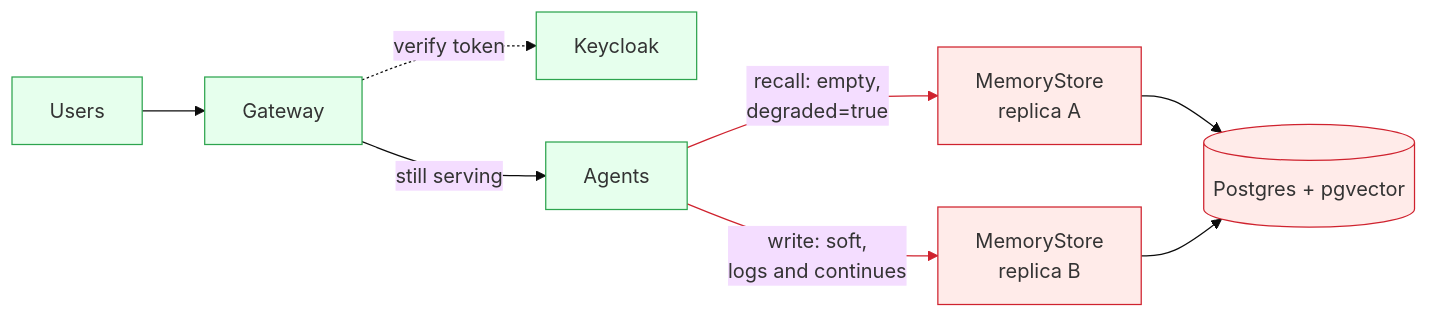
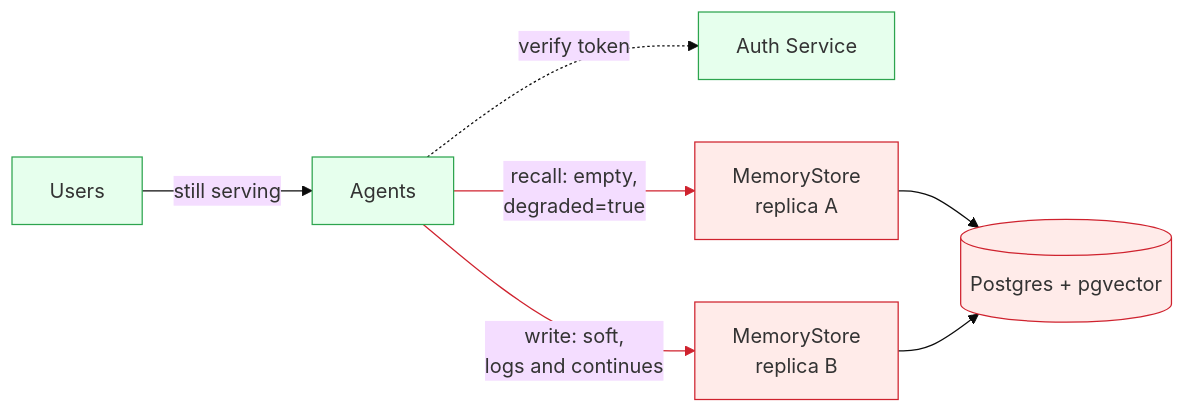
One commit to axsaucedo/kaos-adrs changed the seventh of 8 diagrams in memory/blog/BLOGPOST_DRAFT_PART_3.md. Above: the diagram before and after it, drawn with Mermaid (base theme). The commit also changed other lines of this file, not shown here.

First line of the commit message:
blog(part3): simplify failure diagrams to Users, Agents, Auth Service, replicas, Postgres

````diff
--- a/memory/blog/BLOGPOST_DRAFT_PART_3.md
+++ b/memory/blog/BLOGPOST_DRAFT_PART_3.md
@@ -312,16 +309,15 @@
 ```mermaid
 flowchart LR
-  U["Users"] --> GW["Gateway"]
-  GW -.->|"verify token"| KC["Keycloak"]
-  GW -->|"still serving"| A["Agents"]
+  U["Users"] -->|"still serving"| A["Agents"]
+  A -.->|"verify token"| AS["Auth Service"]
   A -->|"recall: empty,<br/>degraded=true"| R1["MemoryStore<br/>replica A"]
   A -->|"write: soft,<br/>logs and continues"| R2["MemoryStore<br/>replica B"]
   R1 --> PG[("Postgres + pgvector")]
   R2 --> PG
   classDef down fill:#ffebe9,stroke:#cf222e;
   classDef warn fill:#fff8c5,stroke:#d4a72c;
   classDef ok fill:#e6ffed,stroke:#2da44e;
   class R1,R2,PG down;
-  class U,GW,KC,A ok;
-  linkStyle 3,4 stroke:#cf222e
+  class U,AS,A ok;
+  linkStyle 2,3 stroke:#cf222e
 ```
````
